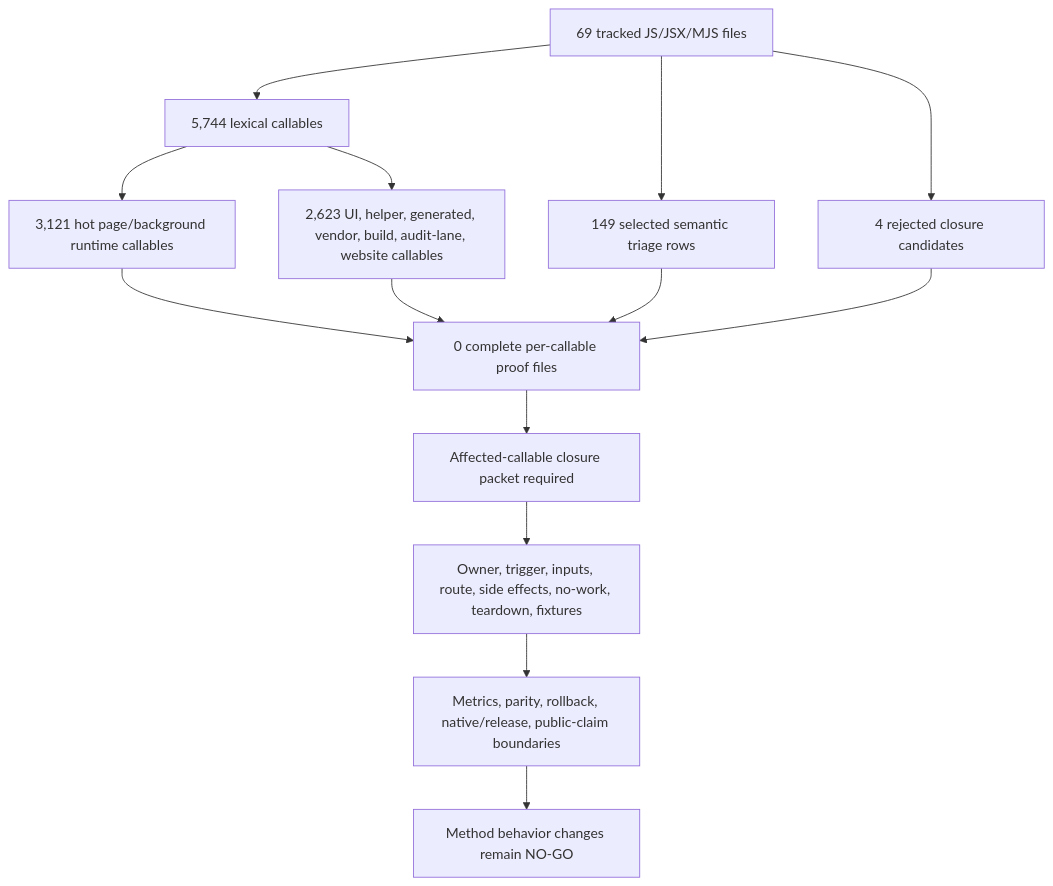
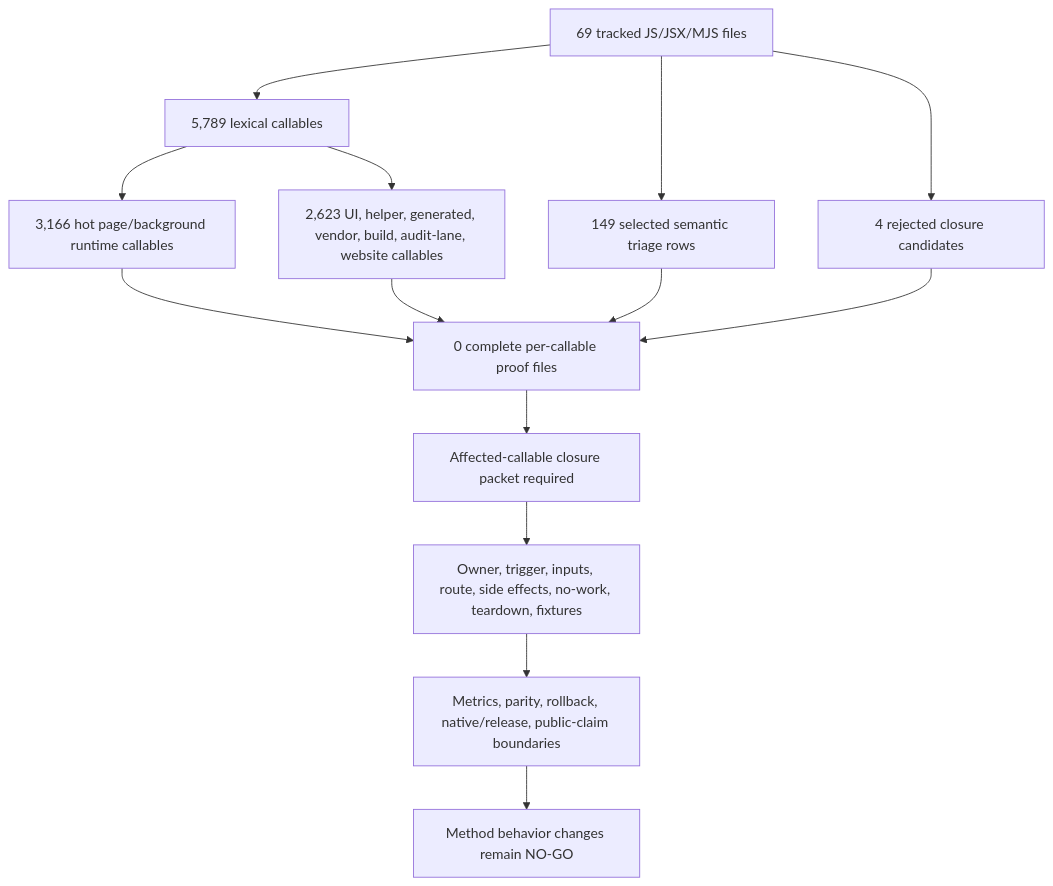
One commit to varshneydevansh/FilterTube changed the first of 2 diagrams in docs/audit/FILTERTUBE_METHOD_SEMANTIC_PROOF_GAP_INDEX_CURRENT_BEHAVIOR_2026-05-25.md. Above: the diagram before and after it, drawn with Mermaid. The commit also changed other lines of this file and 711 other files, not shown here.

````diff
--- a/docs/audit/FILTERTUBE_METHOD_SEMANTIC_PROOF_GAP_INDEX_CURRENT_BEHAVIOR_2026-05-25.md
+++ b/docs/audit/FILTERTUBE_METHOD_SEMANTIC_PROOF_GAP_INDEX_CURRENT_BEHAVIOR_2026-05-25.md
@@ -130,16 +130,16 @@
 ```mermaid
 flowchart TD
-  A["69 tracked JS/JSX/MJS files"] --> B["5,744 lexical callables"]
-  B --> C["3,121 hot page/background runtime callables"]
+  A["69 tracked JS/JSX/MJS files"] --> B["5,789 lexical callables"]
+  B --> C["3,166 hot page/background runtime callables"]
   B --> D["2,623 UI, helper, generated, vendor, build, audit-lane, website callables"]
   A --> E["149 selected semantic triage rows"]
   A --> F["4 rejected closure candidates"]
   C --> G["0 complete per-callable proof files"]
   D --> G
   E --> G
   F --> G
   G --> H["Affected-callable closure packet required"]
   H --> I["Owner, trigger, inputs, route, side effects, no-work, teardown, fixtures"]
   I --> J["Metrics, parity, rollback, native/release, public-claim boundaries"]
   J --> K["Method behavior changes remain NO-GO"]
 ```
````
